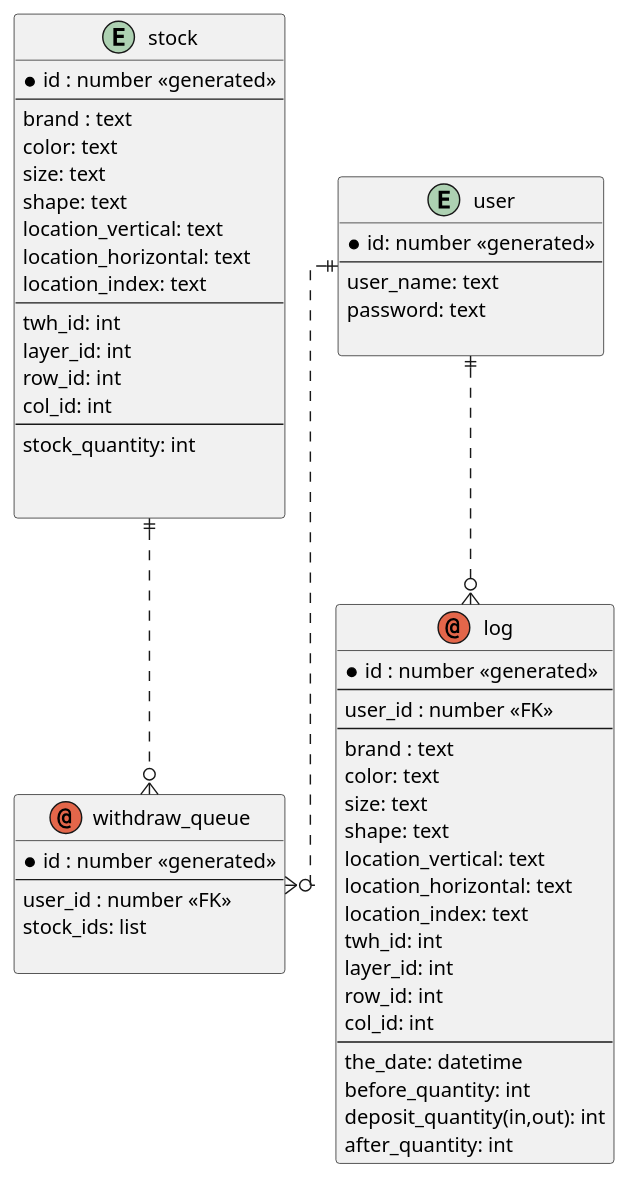
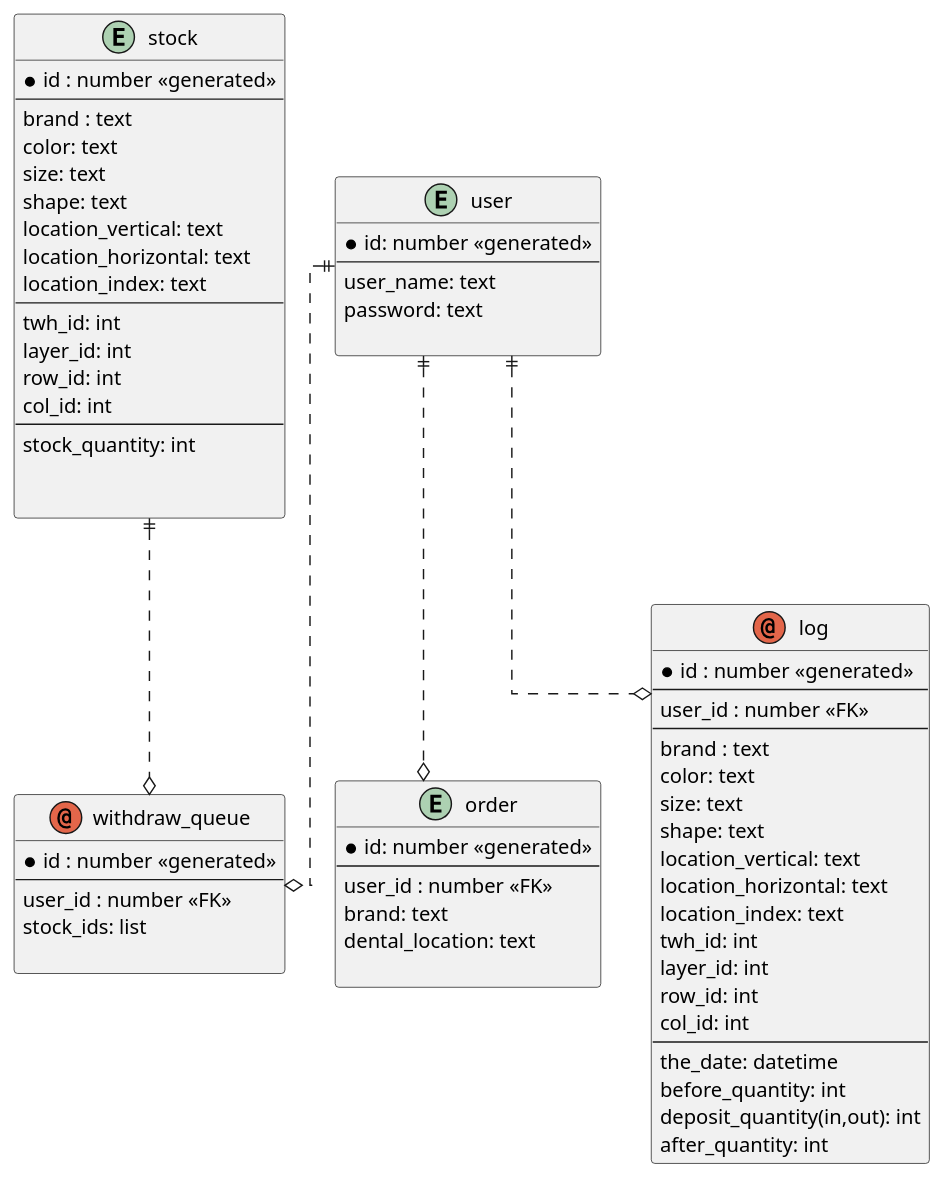
Before and after one commit to voicevon/gobot_front: the diagram in apps/twh2/docs/uml_database_ER.puml, drawn with PlantUML. The commit also changed 9 other files, not shown here.

```diff
--- a/apps/twh2/docs/uml_database_ER.puml
+++ b/apps/twh2/docs/uml_database_ER.puml
@@ -1,70 +1,81 @@
 @startuml
 
 
 ' avoid problems with angled crows feet
 skinparam linetype ortho
 
 entity "stock" as stock{
   *id : number <<generated>>
   --
   brand : text
   color: text
   size: text
   shape: text
   location_vertical: text
   location_horizontal: text
   location_index: text
   --
   twh_id: int
   layer_id: int
   row_id: int
   col_id: int
   --
   stock_quantity: int
   
 
 }
 
 entity "user" as user{
   *id: number <<generated>>
   --
   user_name: text  
   password: text
 
 }
 
+entity "order" as order{
+  *id: number <<generated>>
+  --
+  user_id : number <<FK>>
+  brand: text
+  dental_location: text
+  
+}
+
+
 annotation "withdraw_queue" as withdraw_queue {
   *id : number <<generated>>
   --
   user_id : number <<FK>>
   stock_ids: list  
 
 }
  
 annotation "log" as log{
   *id : number <<generated>>
   --
   user_id : number <<FK>>
   --
   brand : text
   color: text
   size: text
   shape: text
   location_vertical: text
   location_horizontal: text
   location_index: text
   twh_id: int
   layer_id: int
   row_id: int
   col_id: int
   --
   the_date: datetime
   before_quantity: int
   deposit_quantity(in,out): int 
   after_quantity: int 
 }
-stock||..o{ withdraw_queue
-user ||..o{ withdraw_queue
-user ||..o{ log
+stock||..o withdraw_queue
+user ||..o withdraw_queue
+user ||..o log
+user ||..o order
 
 @enduml
```
